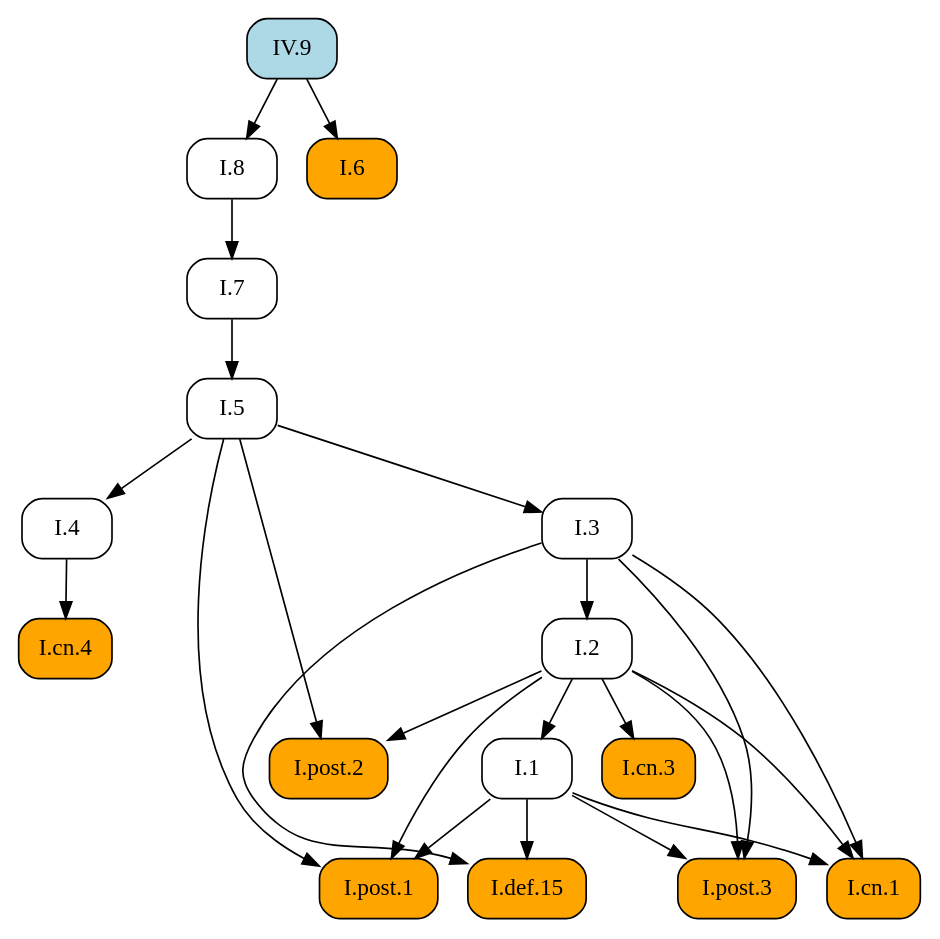
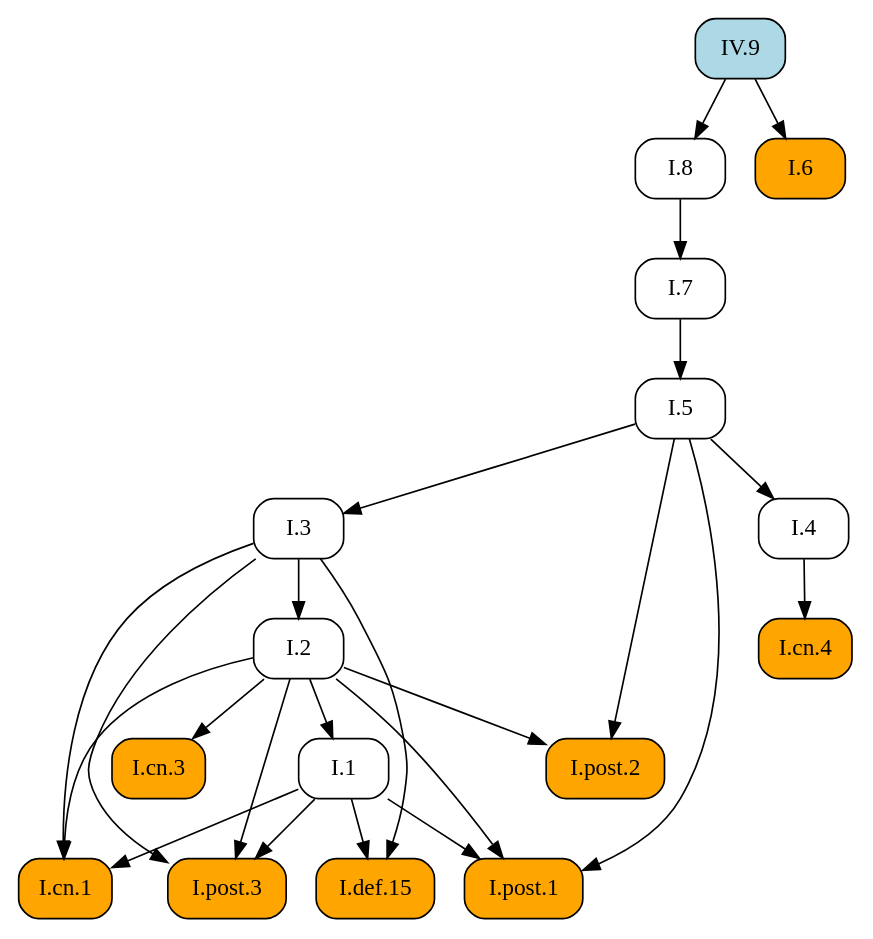
One commit to geometor/elements changed the diagram in docsrc/elements2/IV/9/index.rst. Above: the diagram before and after it, drawn with Graphviz. The commit also changed other lines of this file and 409 other files, not shown here.

First line of the commit message:
feat: Add image cropping and graphic extraction script

```diff
--- a/docsrc/elements2/IV/9/index.rst
+++ b/docsrc/elements2/IV/9/index.rst
@@ -47,45 +47,45 @@
 .. graphviz::
 
    digraph {
      rankdir="TB";
      node [shape=box, style=rounded];
+     "I.def.15" [style="rounded,filled", fillcolor=orange, URL="/elements2/I/def.15/", target="_top"];
      "I.8" [URL="/elements2/I/8/", target="_top"];
+     "I.post.1" [style="rounded,filled", fillcolor=orange, URL="/elements2/I/post.1/", target="_top"];
+     "I.5" [URL="/elements2/I/5/", target="_top"];
+     "I.post.2" [style="rounded,filled", fillcolor=orange, URL="/elements2/I/post.2/", target="_top"];
+     "I.3" [URL="/elements2/I/3/", target="_top"];
      "I.2" [URL="/elements2/I/2/", target="_top"];
+     "I.post.3" [style="rounded,filled", fillcolor=orange, URL="/elements2/I/post.3/", target="_top"];
+     "IV.9" [style="rounded,filled", fillcolor=lightblue, URL="/elements2/IV/9/", target="_top"];
+     "I.cn.4" [style="rounded,filled", fillcolor=orange, URL="/elements2/I/cn.4/", target="_top"];
      "I.1" [URL="/elements2/I/1/", target="_top"];
      "I.cn.1" [style="rounded,filled", fillcolor=orange, URL="/elements2/I/cn.1/", target="_top"];
-     "I.cn.4" [style="rounded,filled", fillcolor=orange, URL="/elements2/I/cn.4/", target="_top"];
-     "I.def.15" [style="rounded,filled", fillcolor=orange, URL="/elements2/I/def.15/", target="_top"];
+     "I.6" [style="rounded,filled", fillcolor=orange, URL="/elements2/I/6/", target="_top"];
+     "I.4" [URL="/elements2/I/4/", target="_top"];
      "I.cn.3" [style="rounded,filled", fillcolor=orange, URL="/elements2/I/cn.3/", target="_top"];
-     "IV.9" [style="rounded,filled", fillcolor=lightblue, URL="/elements2/IV/9/", target="_top"];
-     "I.4" [URL="/elements2/I/4/", target="_top"];
      "I.7" [URL="/elements2/I/7/", target="_top"];
-     "I.post.1" [style="rounded,filled", fillcolor=orange, URL="/elements2/I/post.1/", target="_top"];
-     "I.3" [URL="/elements2/I/3/", target="_top"];
-     "I.post.2" [style="rounded,filled", fillcolor=orange, URL="/elements2/I/post.2/", target="_top"];
-     "I.5" [URL="/elements2/I/5/", target="_top"];
-     "I.6" [style="rounded,filled", fillcolor=orange, URL="/elements2/I/6/", target="_top"];
-     "I.post.3" [style="rounded,filled", fillcolor=orange, URL="/elements2/I/post.3/", target="_top"];
+     "I.1" -> "I.def.15";
+     "I.3" -> "I.def.15";
      "IV.9" -> "I.8";
+     "I.1" -> "I.post.1";
+     "I.2" -> "I.post.1";
+     "I.5" -> "I.post.1";
+     "I.7" -> "I.5";
+     "I.2" -> "I.post.2";
+     "I.5" -> "I.post.2";
+     "I.5" -> "I.3";
      "I.3" -> "I.2";
+     "I.1" -> "I.post.3";
+     "I.2" -> "I.post.3";
+     "I.3" -> "I.post.3";
+     "I.4" -> "I.cn.4";
      "I.2" -> "I.1";
      "I.1" -> "I.cn.1";
      "I.2" -> "I.cn.1";
      "I.3" -> "I.cn.1";
-     "I.4" -> "I.cn.4";
-     "I.1" -> "I.def.15";
-     "I.3" -> "I.def.15";
+     "IV.9" -> "I.6";
+     "I.5" -> "I.4";
      "I.2" -> "I.cn.3";
-     "I.5" -> "I.4";
      "I.8" -> "I.7";
-     "I.1" -> "I.post.1";
-     "I.2" -> "I.post.1";
-     "I.5" -> "I.post.1";
-     "I.5" -> "I.3";
-     "I.2" -> "I.post.2";
-     "I.5" -> "I.post.2";
-     "I.7" -> "I.5";
-     "IV.9" -> "I.6";
-     "I.1" -> "I.post.3";
-     "I.2" -> "I.post.3";
-     "I.3" -> "I.post.3";
    }
```
